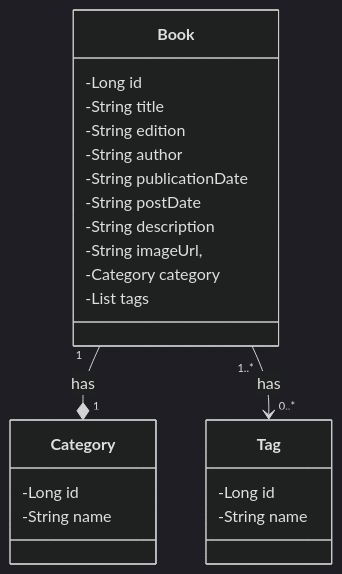
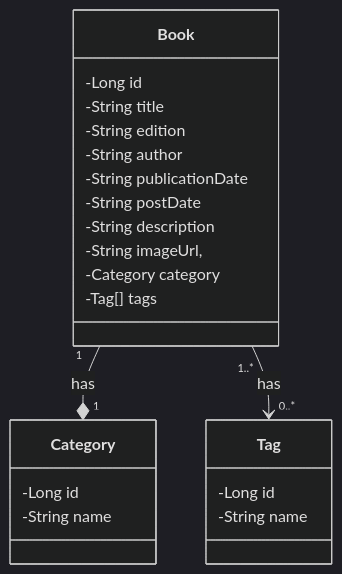
One commit to FrancisBFTC/BootCamp-Java-Angular changed the diagram in API-REST-Na-Nuvem-Spring3-Java17-Railway/Modelagem/Diagramas/diagrama.mermaid. Above: the diagram before and after it, drawn with Mermaid (dark theme). The commit also changed 1 other file, not shown here.

```diff
--- a/API-REST-Na-Nuvem-Spring3-Java17-Railway/Modelagem/Diagramas/diagrama.mermaid
+++ b/API-REST-Na-Nuvem-Spring3-Java17-Railway/Modelagem/Diagramas/diagrama.mermaid
@@ -1,26 +1,26 @@
 classDiagram
     class Book {
         -Long id
         -String title
         -String edition
         -String author
         -String publicationDate
         -String postDate
         -String description
         -String imageUrl,
         -Category category
-        -List<Tag> tags
+        -Tag[] tags
     }
     
     class Category {
         -Long id
         -String name
     }
 
     class Tag {
         -Long id
         -String name
     }
 
     Book "1" --* "1" Category : has
     Book "1..*" --> "0..*" Tag : has
```
